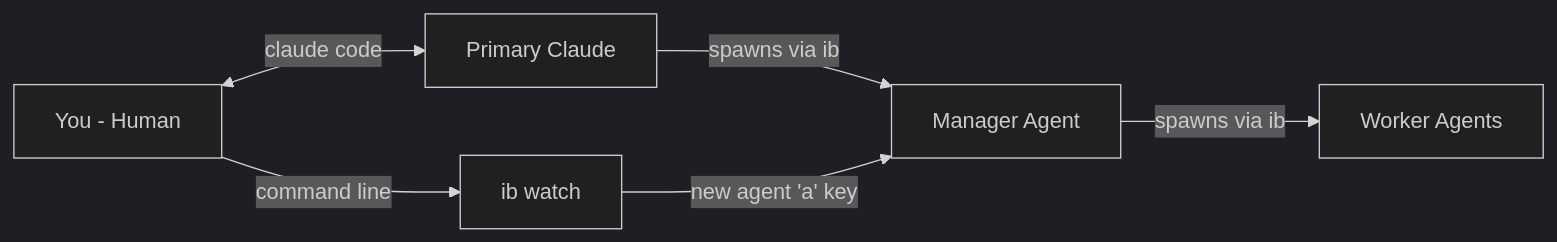
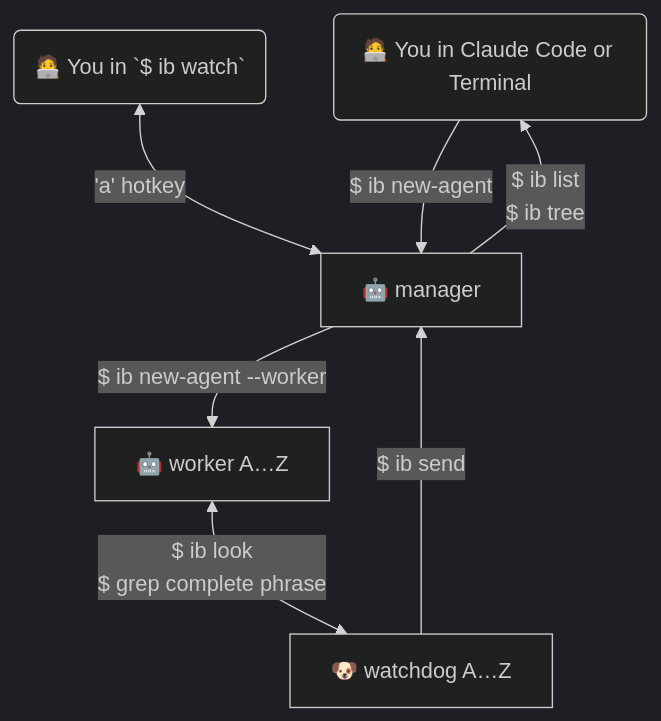
Before and after one commit to adamwulf/static-adamwulf.me: the diagram in content/posts/2026/01-10-ittybitty.md, drawn with Mermaid (dark theme). The commit also changed other lines of this file and 2 other files, not shown here.

````diff
--- a/content/posts/2026/01-10-ittybitty.md
+++ b/content/posts/2026/01-10-ittybitty.md
@@ -109,8 +156,19 @@
 ``` mermaid
-flowchart LR
-A[You - Human] <-->|claude code| B[Primary Claude]
-B -->|spawns via ib| C[Manager Agent]
-C -->|spawns via ib| D[Worker Agents]
-E[ib watch] -->|new agent 'a' key| C
-A -->|command line| E
+flowchart TD
+
+ComLine("🧑‍💻 You in Claude Code or Terminal")
+Watch(🧑‍💻 You in `$ ib watch`)
+A[🤖 manager]
+B[🤖 worker A…Z]
+D[🐶 watchdog A…Z]
+
+A -->|"$ ib list<br> $ ib tree"| ComLine
+Watch <-->|'a' hotkey| A
+ComLine -->|$ ib new-agent| A
+
+D -->|$ ib send|A
+B <-->|"$ ib look<br>$ grep complete phrase"| D
+
+A -->|$ ib new-agent --worker| B
+
 ```
````
